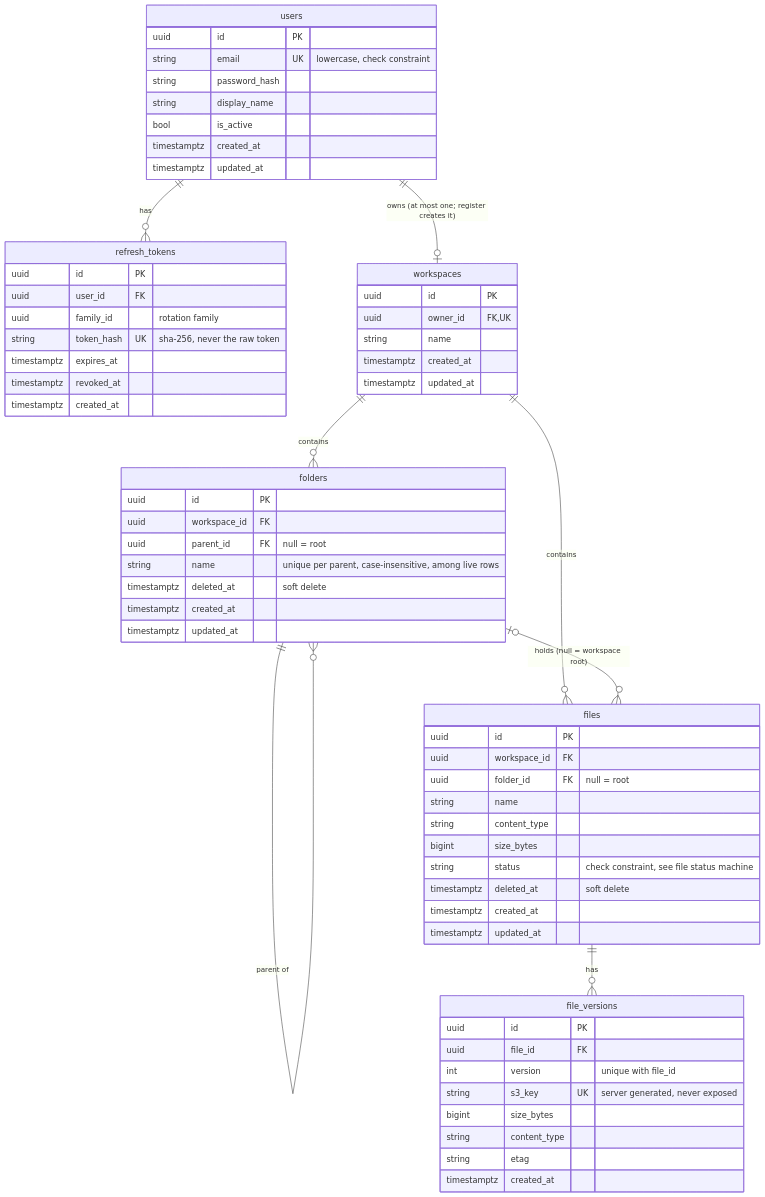
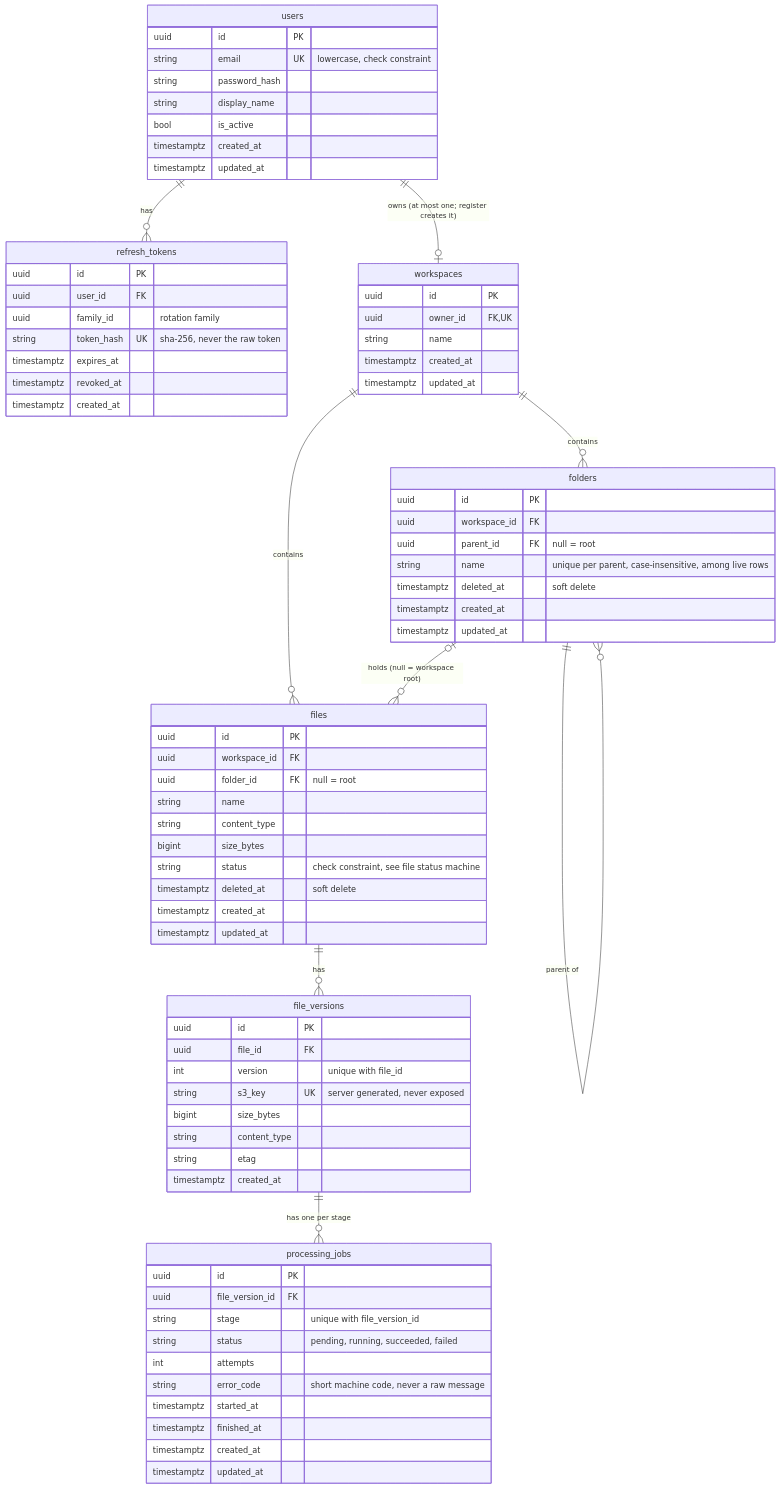
Before and after one commit to manan-77/clouddrop: the diagram in docs/er-diagram.md, drawn with Mermaid. The commit also changed other lines of this file and 30 other files, not shown here.

````diff
--- a/docs/er-diagram.md
+++ b/docs/er-diagram.md
@@ -5,67 +5,80 @@
 ```mermaid
 erDiagram
     users ||--o{ refresh_tokens : "has"
     users ||--o| workspaces : "owns (at most one; register creates it)"
     workspaces ||--o{ folders : "contains"
     workspaces ||--o{ files : "contains"
     folders ||--o{ folders : "parent of"
     folders |o--o{ files : "holds (null = workspace root)"
     files ||--o{ file_versions : "has"
+    file_versions ||--o{ processing_jobs : "has one per stage"
 
     users {
         uuid id PK
         string email UK "lowercase, check constraint"
         string password_hash
         string display_name
         bool is_active
         timestamptz created_at
         timestamptz updated_at
     }
     refresh_tokens {
         uuid id PK
         uuid user_id FK
         uuid family_id "rotation family"
         string token_hash UK "sha-256, never the raw token"
         timestamptz expires_at
         timestamptz revoked_at
         timestamptz created_at
     }
     workspaces {
         uuid id PK
         uuid owner_id FK,UK
         string name
         timestamptz created_at
         timestamptz updated_at
     }
     folders {
         uuid id PK
         uuid workspace_id FK
         uuid parent_id FK "null = root"
         string name "unique per parent, case-insensitive, among live rows"
         timestamptz deleted_at "soft delete"
         timestamptz created_at
         timestamptz updated_at
     }
     files {
         uuid id PK
         uuid workspace_id FK
         uuid folder_id FK "null = root"
         string name
         string content_type
         bigint size_bytes
         string status "check constraint, see file status machine"
         timestamptz deleted_at "soft delete"
         timestamptz created_at
         timestamptz updated_at
     }
     file_versions {
         uuid id PK
         uuid file_id FK
         int version "unique with file_id"
         string s3_key UK "server generated, never exposed"
         bigint size_bytes
         string content_type
         string etag
         timestamptz created_at
     }
+    processing_jobs {
+        uuid id PK
+        uuid file_version_id FK
+        string stage "unique with file_version_id"
+        string status "pending, running, succeeded, failed"
+        int attempts
+        string error_code "short machine code, never a raw message"
+        timestamptz started_at
+        timestamptz finished_at
+        timestamptz created_at
+        timestamptz updated_at
+    }
 ```
````
